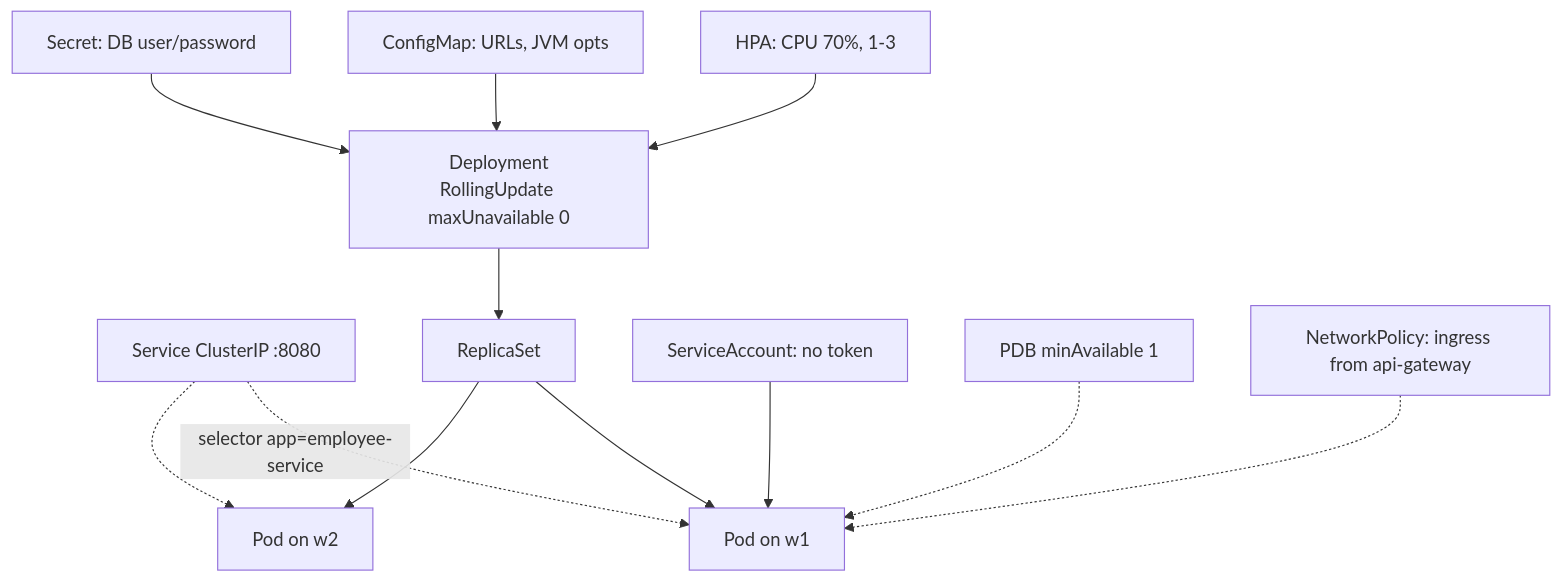
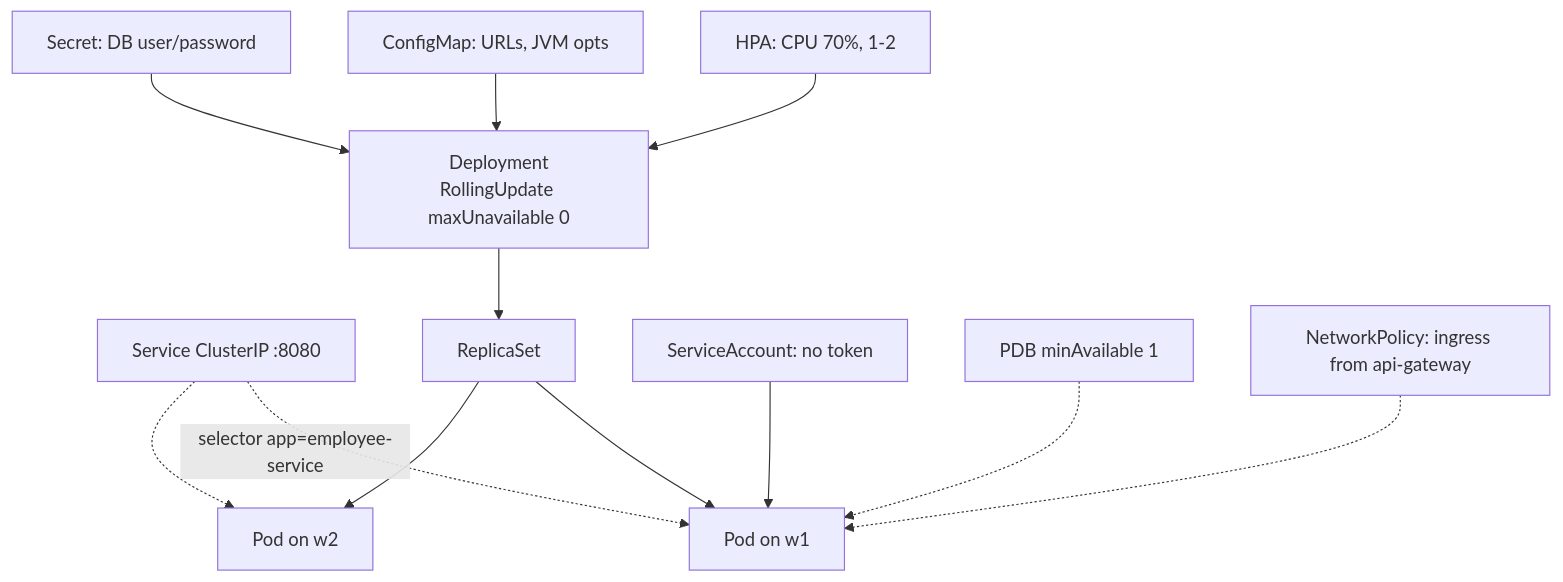
The sixth of 10 diagrams in docs/design.md (UchihaIthachi/EMS), drawn with Mermaid before and after one commit. The commit also changed other lines of this file and 3 other files, not shown here.

````diff
--- a/docs/design.md
+++ b/docs/design.md
@@ -220,14 +220,14 @@
 ```mermaid
 flowchart TB
   svc[Service ClusterIP :8080] -. selector app=employee-service .-> p1
   svc -.-> p2
-  hpa[HPA: CPU 70%, 1-3] --> dep[Deployment<br/>RollingUpdate maxUnavailable 0]
+  hpa[HPA: CPU 70%, 1-2] --> dep[Deployment<br/>RollingUpdate maxUnavailable 0]
   dep --> rs[ReplicaSet]
   rs --> p1[Pod on w1]
   rs --> p2[Pod on w2]
   cmap[ConfigMap: URLs, JVM opts] --> dep
   sec[Secret: DB user/password] --> dep
   sa[ServiceAccount: no token] --> p1
   pdb[PDB minAvailable 1] -.-> p1
   np[NetworkPolicy: ingress from api-gateway] -.-> p1
 ```
````
